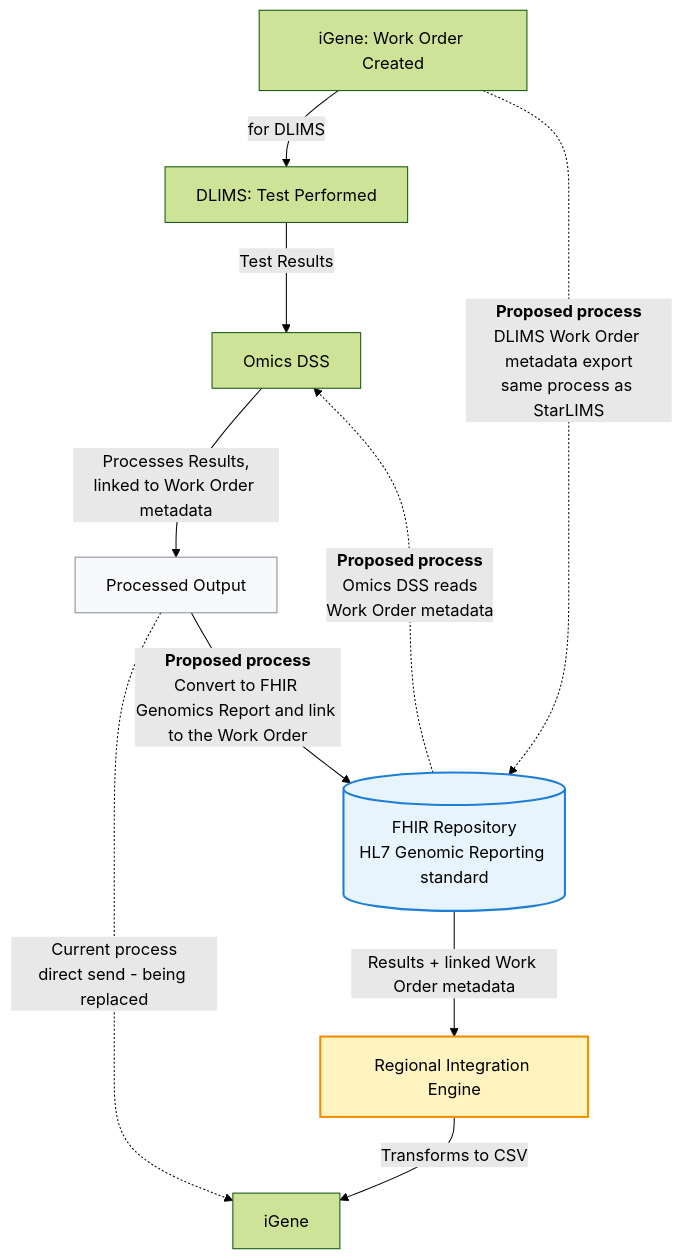
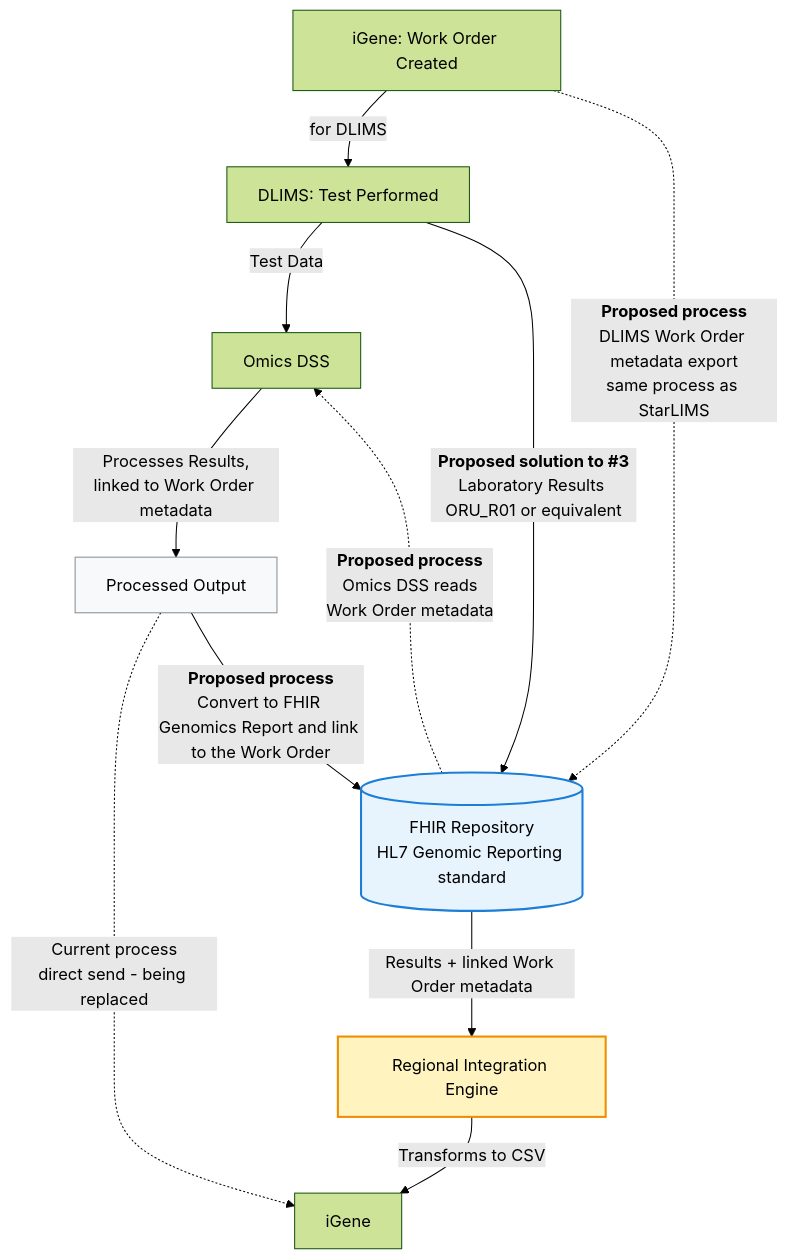
Before and after one commit to nw-gmsa/nw-gmsa.github.com: the second of 4 diagrams in input/pagecontent/reportable-variants.md, drawn with Mermaid (forest theme). The commit also changed other lines of this file, not shown here.

Commit message:
Reflect the DLIMS-via-RIE proposal in the Future Process diagram/flow
Adds the DLIMS -> FHIR Repository branch (Laboratory Results ORU_R01 or
equivalent) to the Future Process flowchart and a note in the Detailed
Process Flow, matching the second proposed solution to Outstanding
Issue 3.

Claude-Session: https://claude.ai/code/session_01HrKffi9wcZgtGxsrNfERaB

````diff
--- a/input/pagecontent/reportable-variants.md
+++ b/input/pagecontent/reportable-variants.md
@@ -83,19 +83,20 @@
 ```mermaid
 flowchart TD
     A[iGene: Work Order Created] -->|for DLIMS| B[DLIMS: Test Performed]
     A -.->|<b>Proposed process</b><br/>DLIMS Work Order metadata export<br/>same process as StarLIMS| F
 
-    B -->|Test Results| C[Omics DSS]
+    B -->|Test Data| C[Omics DSS]
+    B -->|<b>Proposed solution to #3</b><br/>Laboratory Results ORU_R01 or equivalent| F
     C -->|Processes Results,<br/>linked to Work Order metadata| D[Processed Output]
     F -.->|<b>Proposed process</b><br/>Omics DSS reads<br/>Work Order metadata| C
 
     D -.->|Current process<br/>direct send - being replaced| G[iGene]
 
     D -->|<b>Proposed process</b><br/>Convert to FHIR Genomics Report and link to the Work Order| F[(FHIR Repository<br/>HL7 Genomic Reporting standard)]
     F -->|Results + linked Work Order metadata| E[Regional Integration Engine]
     E -->|Transforms to CSV| G
 
     style F fill:#e8f4fd,stroke:#1c7ed6,stroke-width:2px
     style E fill:#fff3bf,stroke:#f08c00,stroke-width:2px
     style D fill:#f8f9fa,stroke:#868e96
 ```
````
